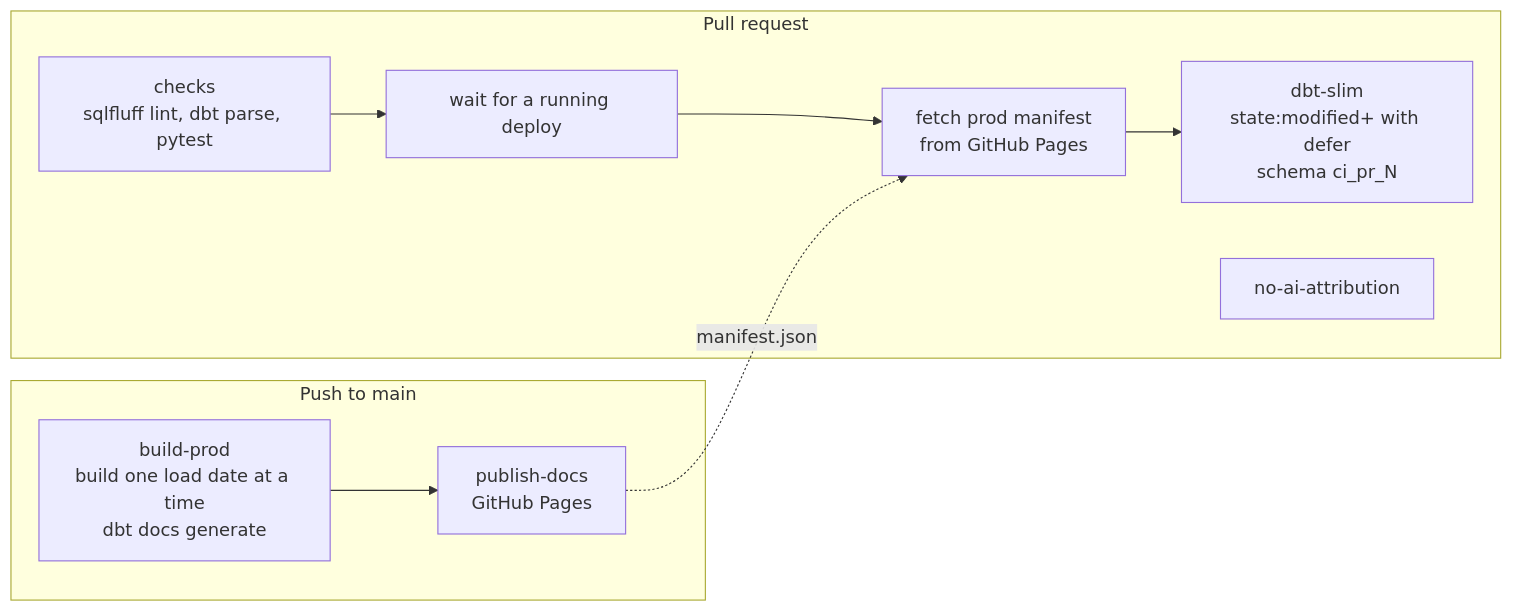
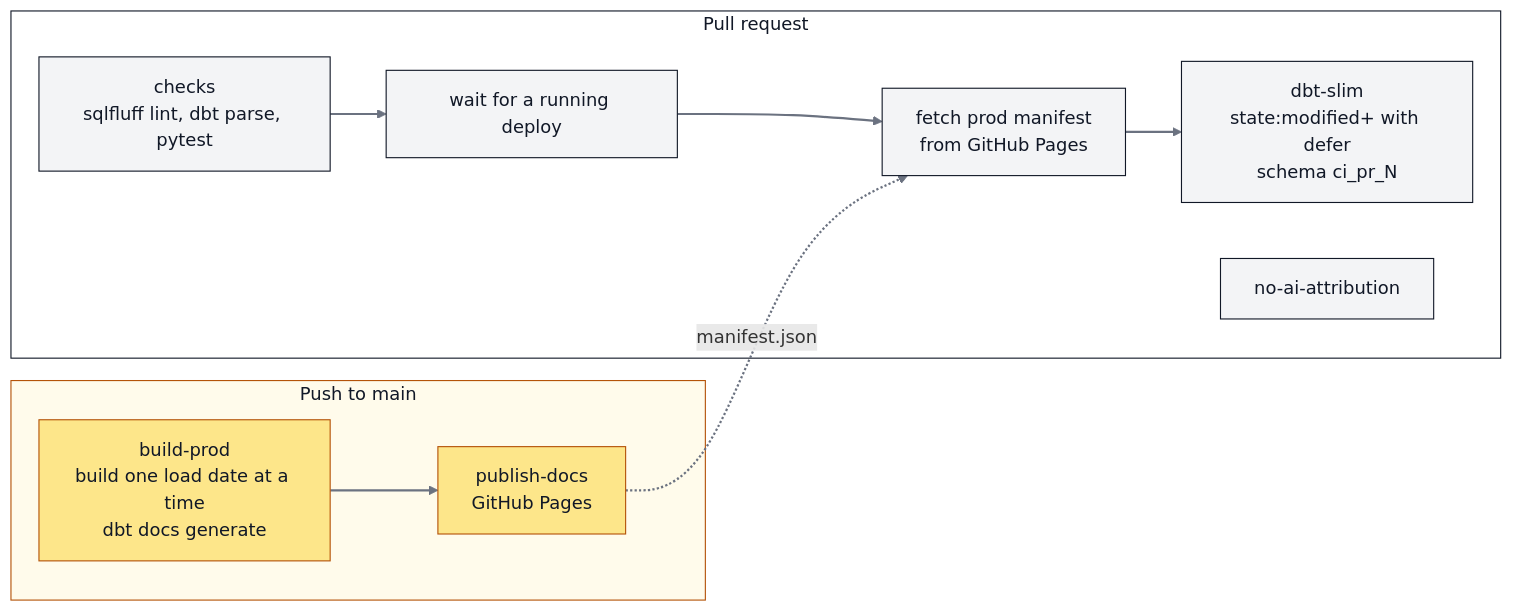
One commit to aglivin/vault-lakehouse-migration changed the fifth of 6 diagrams in README.md. Above: the diagram before and after it, drawn with Mermaid. The commit also changed other lines of this file and 2 other files, not shown here.

Commit message:
docs: readme with coloured architecture diagrams

````diff
--- a/README.md
+++ b/README.md
@@ -233,13 +200,20 @@
 ```mermaid
 flowchart LR
     subgraph PRF["Pull request"]
         CH["checks<br/>sqlfluff lint, dbt parse, pytest"]
         SL["dbt-slim<br/>state:modified+ with defer<br/>schema ci_pr_N"]
         NA["no-ai-attribution"]
         CH --> WAIT["wait for a running deploy"] --> FET["fetch prod manifest<br/>from GitHub Pages"] --> SL
     end
     subgraph MN["Push to main"]
         BP["build-prod<br/>build one load date at a time<br/>dbt docs generate"] --> PD["publish-docs<br/>GitHub Pages"]
     end
     PD -. "manifest.json" .-> FET
+    classDef gh fill:#f3f4f6,stroke:#111827,color:#111827
+    classDef prod fill:#fde68a,stroke:#b45309,color:#111827
+    class CH,SL,NA,WAIT,FET gh
+    class BP,PD prod
+    style PRF fill:#ffffff,stroke:#111827,color:#111827
+    style MN fill:#fffbeb,stroke:#b45309,color:#111827
+    linkStyle default stroke:#6b7280,stroke-width:2px
 ```
````
